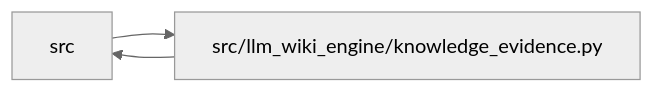
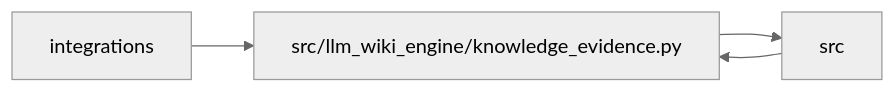
The diagram in docs/llm_wiki/modules/knowledge_evidence.md (Denissvgn/python-wiki-llm), drawn with Mermaid (neutral theme) before and after one commit. The commit also changed other lines of this file and 509 other files, not shown here.

First line of the commit message:
docs: refresh the wiki for the deprecated engine aliases

````diff
--- a/docs/llm_wiki/modules/knowledge_evidence.md
+++ b/docs/llm_wiki/modules/knowledge_evidence.md
@@ -51,8 +51,10 @@
 ```mermaid
 flowchart LR
-    n0["src"]
-    n1["src/llm_wiki_engine/knowledge_evidence.py"]
-    n0 --> n1
-    n1 --> n0
-    click n1 "../modules/knowledge_evidence.md"
+    n0["integrations"]
+    n1["src"]
+    n2["src/llm_wiki_engine/knowledge_evidence.py"]
+    n0 --> n2
+    n1 --> n2
+    n2 --> n1
+    click n2 "../modules/knowledge_evidence.md"
 ```
````
